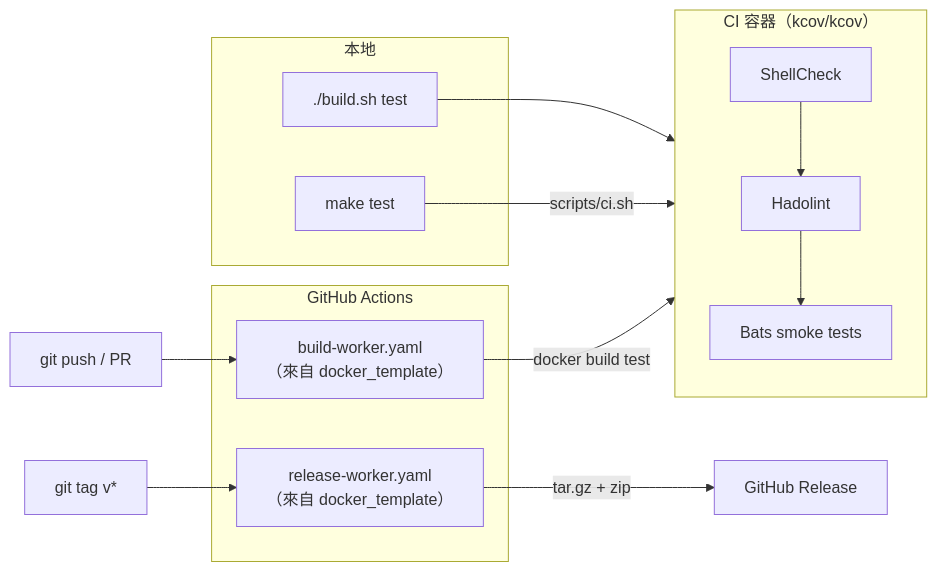
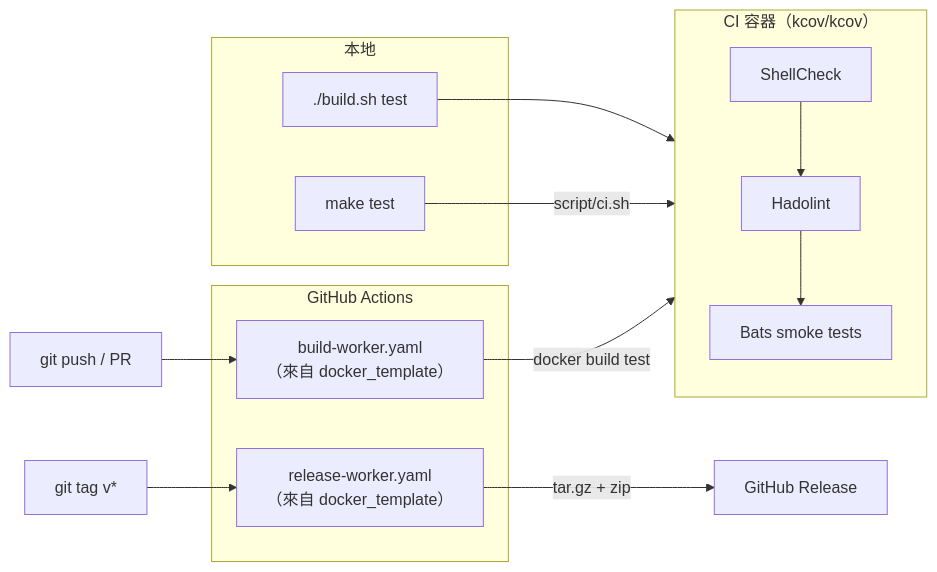
Before and after one commit to ycpss91255-docker/docker_template: the second of 2 diagrams in doc/readme/README.zh-TW.md, drawn with Mermaid. The commit also changed other lines of this file and 11 other files, not shown here.

First line of the commit message:
refactor: rename scripts/ → script/ (no plural)

````diff
--- a/doc/readme/README.zh-TW.md
+++ b/doc/readme/README.zh-TW.md
@@ -64,27 +64,27 @@
 ```mermaid
 flowchart LR
     subgraph local["本地"]
         build_test["./build.sh test"]
         make_test["make test"]
     end
 
     subgraph ci_container["CI 容器（kcov/kcov）"]
         shellcheck["ShellCheck"]
         hadolint["Hadolint"]
         bats["Bats smoke tests"]
     end
 
     subgraph github["GitHub Actions"]
         build_worker["build-worker.yaml<br/>（來自 docker_template）"]
         release_worker["release-worker.yaml<br/>（來自 docker_template）"]
     end
 
     build_test --> ci_container
-    make_test -->|"scripts/ci.sh"| ci_container
+    make_test -->|"script/ci.sh"| ci_container
     shellcheck --> hadolint --> bats
 
     push["git push / PR"] --> build_worker
     build_worker -->|"docker build test"| ci_container
     tag["git tag v*"] --> release_worker
     release_worker -->|"tar.gz + zip"| release["GitHub Release"]
 ```
````
